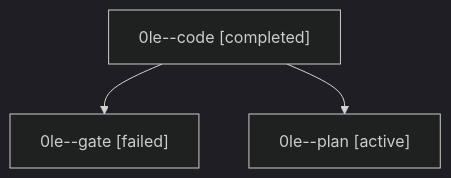
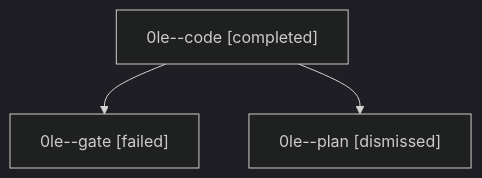
The diagram in sessions/bbugyi200.athena.0le.md (sase-org/sase--agents), drawn with Mermaid (dark theme) before and after one commit. The commit also changed other lines of this file and 50 other files, not shown here.

````diff
--- a/sessions/bbugyi200.athena.0le.md
+++ b/sessions/bbugyi200.athena.0le.md
@@ -9,8 +9,8 @@
 ```mermaid
 flowchart TD
   n0["0le--code [completed]"]
   n1["0le--gate [failed]"]
   n0 --> n1
-  n2["0le--plan [active]"]
+  n2["0le--plan [dismissed]"]
   n0 --> n2
 ```
````
